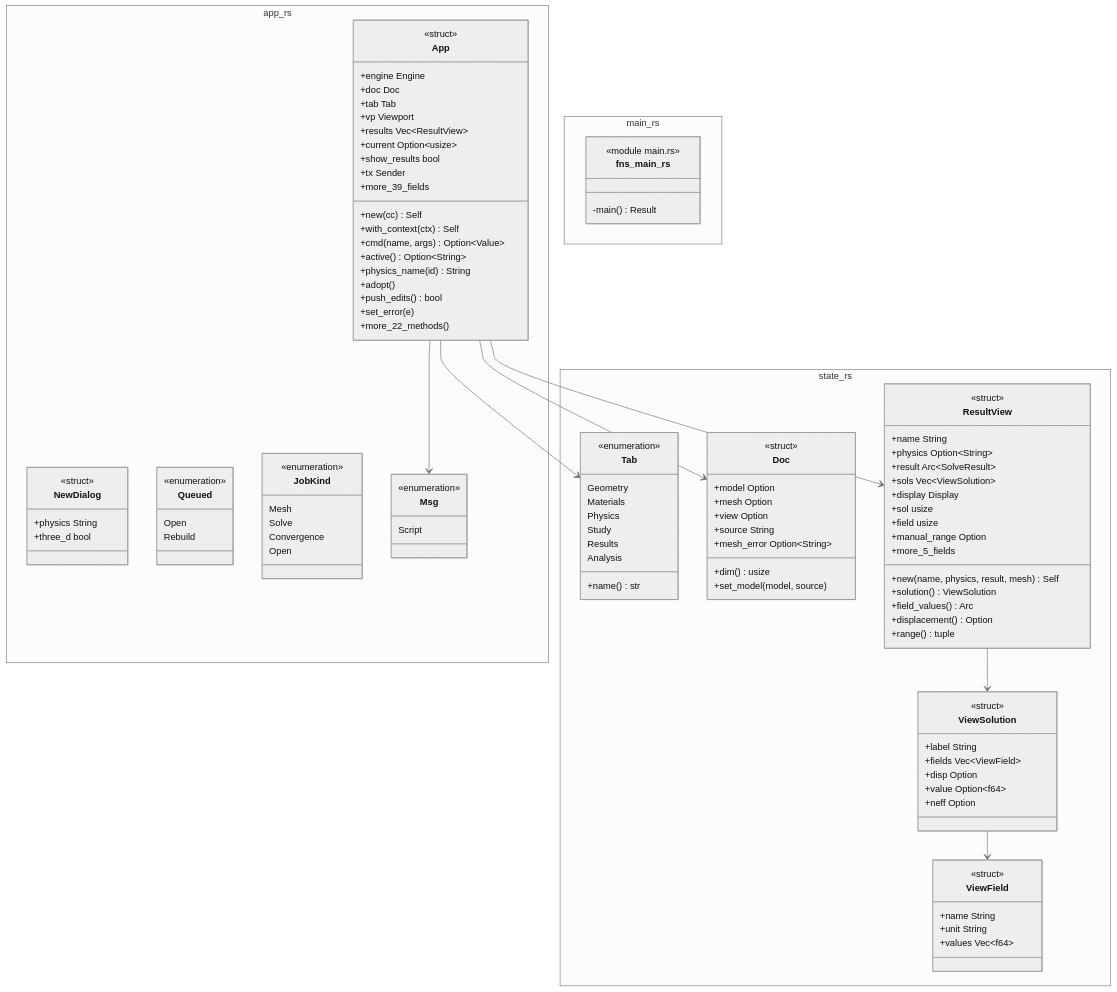
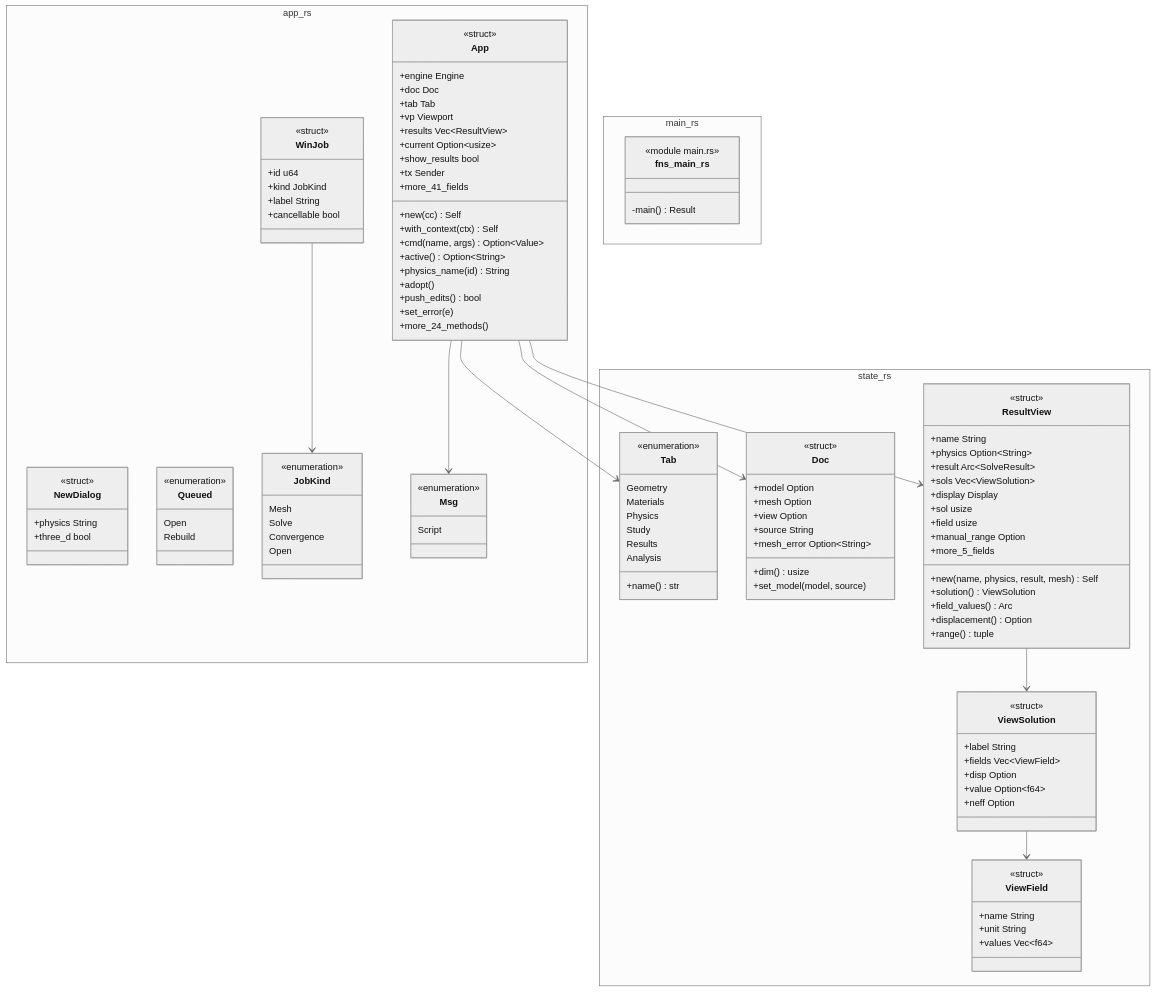
One commit to p-j-r/nyx changed the diagram in docs/architecture/c4/4-code/app/window.md. Above: the diagram before and after it, drawn with Mermaid (neutral theme). The commit also changed other lines of this file and 21 other files, not shown here.

```diff
--- a/docs/architecture/c4/4-code/app/window.md
+++ b/docs/architecture/c4/4-code/app/window.md
@@ -59,6 +59,13 @@
         Convergence
         Open
     }
+    class WinJob {
+        <<struct>>
+        +id u64
+        +kind JobKind
+        +label String
+        +cancellable bool
+    }
     class Msg {
         <<enumeration>>
         Script
@@ -73,7 +80,7 @@
         +current Option~usize~
         +show_results bool
         +tx Sender
-        +more_39_fields
+        +more_41_fields
         +new(cc) Self
         +with_context(ctx) Self
         +cmd(name, args) Option~Value~
@@ -82,7 +89,7 @@
         +adopt()
         +push_edits() bool
         +set_error(e)
-        +more_22_methods()
+        +more_24_methods()
     }
   }
   namespace main_rs {
@@ -144,6 +151,7 @@
         +range() tuple
     }
   }
+  WinJob --> JobKind
   App --> Doc
   App --> Tab
   App --> ResultView
```
